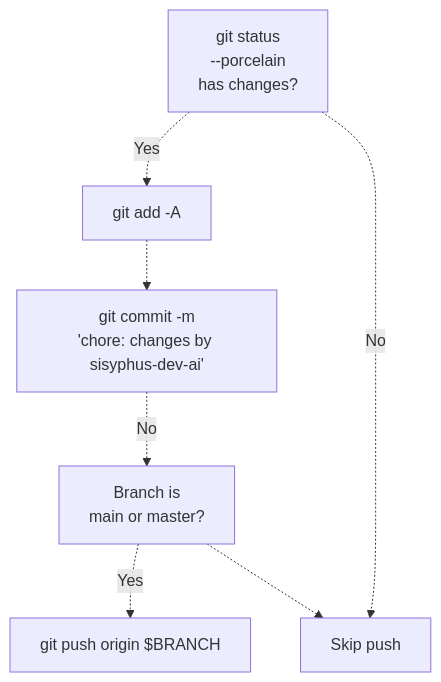
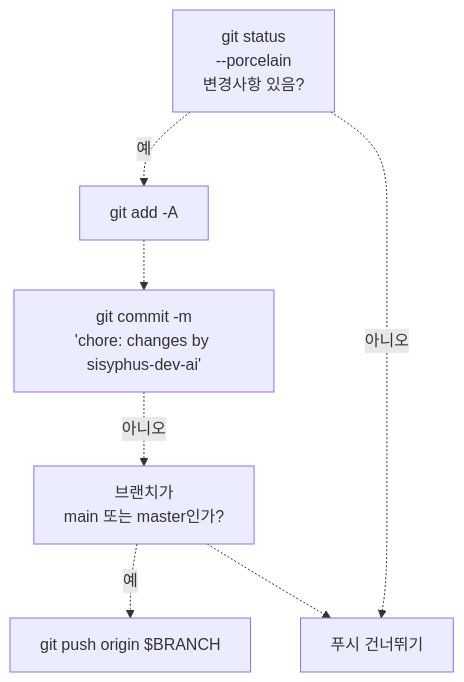
Before and after one commit to felipetruman/oh-my-opencode-docs: the tenth of 10 diagrams in docs/agents/github-workflow-integration.md, drawn with Mermaid. The commit also changed other lines of this file and 76 other files, not shown here.

````diff
--- a/docs/agents/github-workflow-integration.md
+++ b/docs/agents/github-workflow-integration.md
@@ -576,17 +576,17 @@
 ```mermaid
 flowchart TD
 
-CheckDirty["git status<br>--porcelain<br>has changes?"]
+CheckDirty["git status<br>--porcelain<br>변경사항 있음?"]
 GitAdd["git add -A"]
 GitCommit["git commit -m<br>'chore: changes by sisyphus-dev-ai'"]
-CheckBranch["Branch is<br>main or master?"]
+CheckBranch["브랜치가<br>main 또는 master인가?"]
 GitPush["git push origin $BRANCH"]
-Skip["Skip push"]
+Skip["푸시 건너뛰기"]
 
-CheckDirty -.->|"Yes"| GitAdd
-CheckDirty -.->|"No"| Skip
+CheckDirty -.->|"예"| GitAdd
+CheckDirty -.->|"아니오"| Skip
 GitAdd -.-> GitCommit
-GitCommit -.->|"No"| CheckBranch
-CheckBranch -.->|"Yes"| GitPush
+GitCommit -.->|"아니오"| CheckBranch
+CheckBranch -.->|"예"| GitPush
 CheckBranch -.-> Skip
 ```
````
